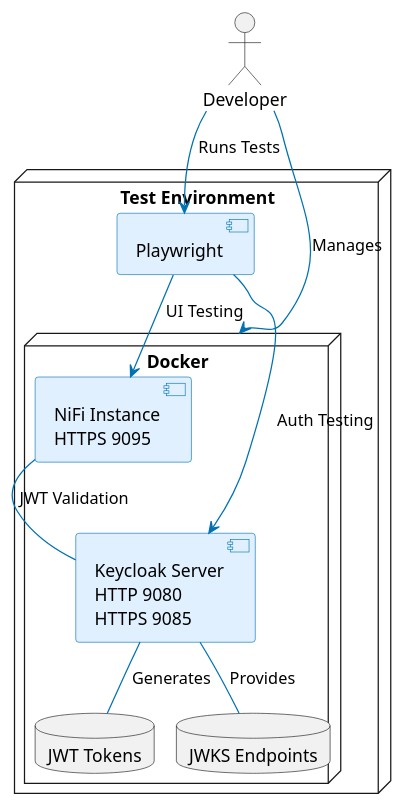
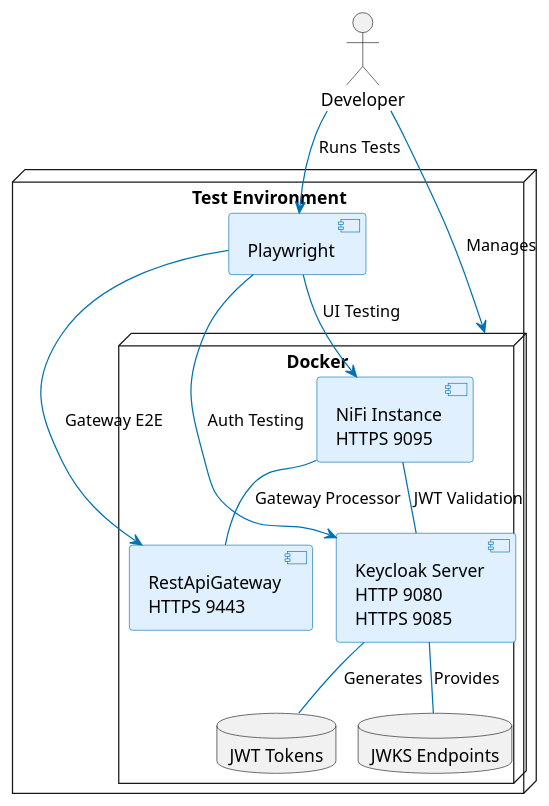
One commit to cuioss/nifi-extensions changed the diagram in doc/plantuml/test-environment-architecture.puml. Above: the diagram before and after it, drawn with PlantUML. The commit also changed 32 other files, not shown here.

First line of the commit message:
docs: comprehensive documentation update for CS architecture and REST API Gateway (#188)

```diff
--- a/doc/plantuml/test-environment-architecture.puml
+++ b/doc/plantuml/test-environment-architecture.puml
@@ -1,33 +1,36 @@
 @startuml
 !pragma layout smetana
 skinparam {
     BackgroundColor white
     ArrowColor #0072B2
     BorderColor #0072B2
     ComponentBorderColor #0072B2
     ComponentBackgroundColor #E0F0FF
 }
 
 node "Test Environment" as TE {
     component "Playwright" as PW
 
     node "Docker" as D {
         component "NiFi Instance\nHTTPS 9095" as N
+        component "RestApiGateway\nHTTPS 9443" as GW
         component "Keycloak Server\nHTTP 9080\nHTTPS 9085" as K
 
         database "JWT Tokens" as JWT
         database "JWKS Endpoints" as JWKS
 
         N -- K : "JWT Validation"
+        N -- GW : "Gateway Processor"
         K -- JWT : "Generates"
         K -- JWKS : "Provides"
     }
 
     PW --> N : "UI Testing"
     PW --> K : "Auth Testing"
+    PW --> GW : "Gateway E2E"
 }
 
 actor "Developer" as DEV
 DEV --> PW : "Runs Tests"
 DEV --> D : "Manages"
 @enduml
```
